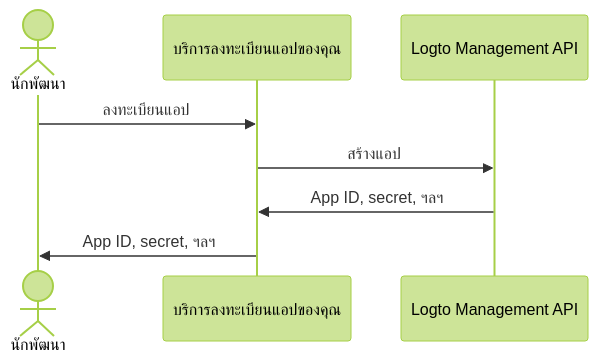
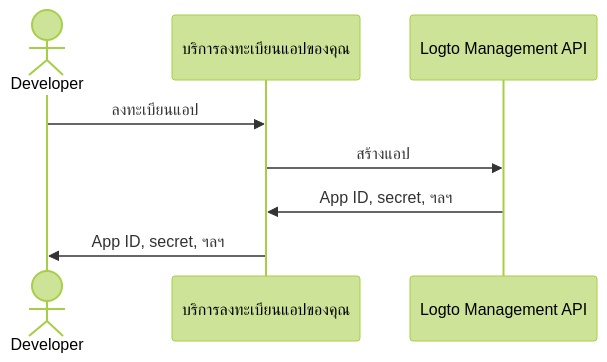
The diagram in i18n/th/docusaurus-plugin-content-docs/current/use-cases/ai/fragments/_configure-third-party-ai-agent.mdx (logto-io/docs), drawn with Mermaid (forest theme) before and after one commit. The commit also changed other lines of this file and 117 other files, not shown here.

````diff
--- a/i18n/th/docusaurus-plugin-content-docs/current/use-cases/ai/fragments/_configure-third-party-ai-agent.mdx
+++ b/i18n/th/docusaurus-plugin-content-docs/current/use-cases/ai/fragments/_configure-third-party-ai-agent.mdx
@@ -13,10 +19,10 @@
 ```mermaid
 sequenceDiagram
-  actor Developer as นักพัฒนา
+  actor Developer
   participant Server as บริการลงทะเบียนแอปของคุณ
   participant Logto as Logto Management API
   Developer->>Server: ลงทะเบียนแอป
   Server->>Logto: สร้างแอป
   Logto->>Server: App ID, secret, ฯลฯ
   Server->>Developer: App ID, secret, ฯลฯ
 ```
````
